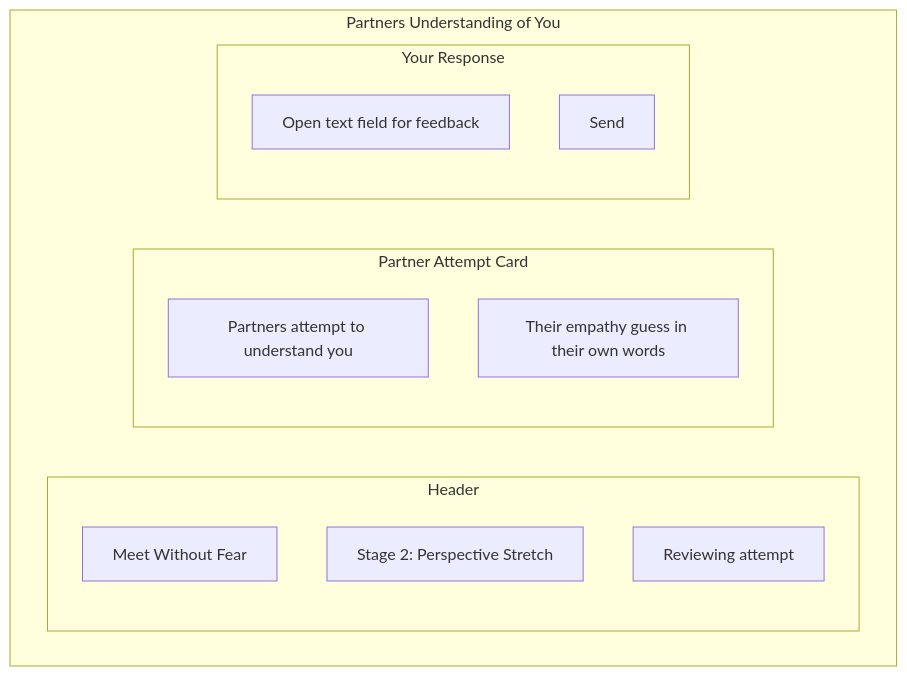
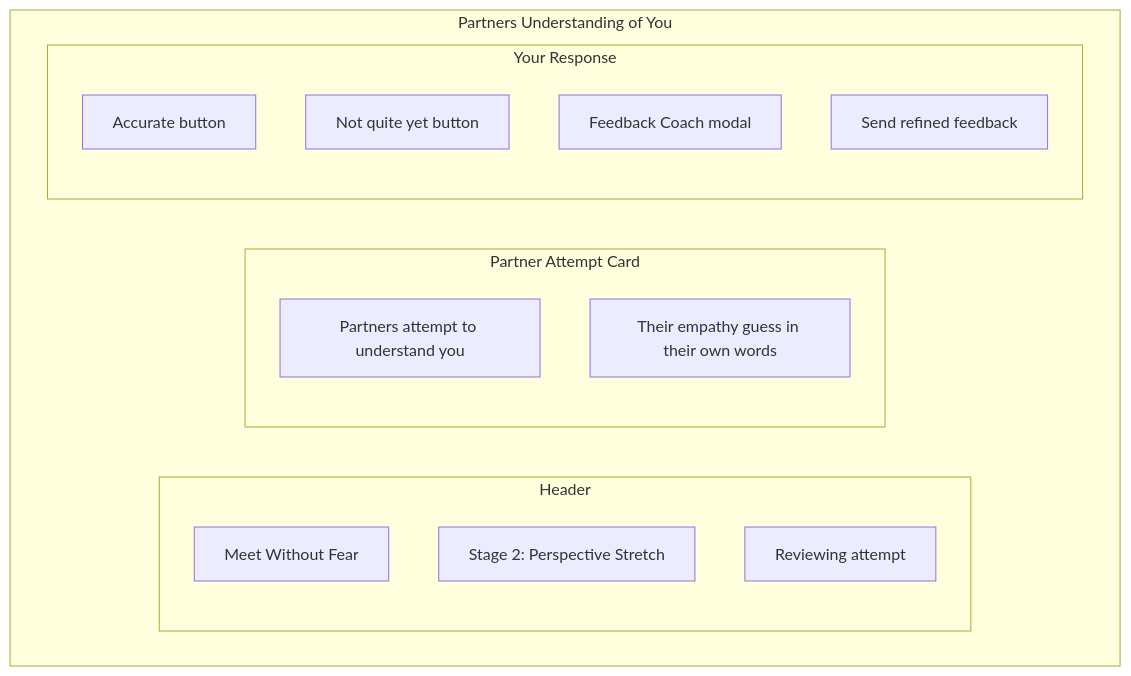
One commit to shantamg/meet-without-fear changed the sixth of 6 diagrams in docs/product/stages/stage-2-perspective-stretch.md. Above: the diagram before and after it, drawn with Mermaid. The commit also changed other lines of this file and 17 other files, not shown here.

Commit message:
address feedback coach review and docs

````diff
--- a/docs/product/stages/stage-2-perspective-stretch.md
+++ b/docs/product/stages/stage-2-perspective-stretch.md
@@ -227,20 +232,22 @@
 ```mermaid
 flowchart TB
     subgraph Screen[Partners Understanding of You]
         subgraph Header[Header]
             Logo[Meet Without Fear]
             Stage[Stage 2: Perspective Stretch]
             Status[Reviewing attempt]
         end
 
         subgraph Attempt[Partner Attempt Card]
             Title[Partners attempt to understand you]
             Content[Their empathy guess in their own words]
         end
 
         subgraph Response[Your Response]
-            TextField[Open text field for feedback]
-            Send[Send]
+            Accurate[Accurate button]
+            NotQuite[Not quite yet button]
+            Coach[Feedback Coach modal]
+            Send[Send refined feedback]
         end
     end
 ```
````
